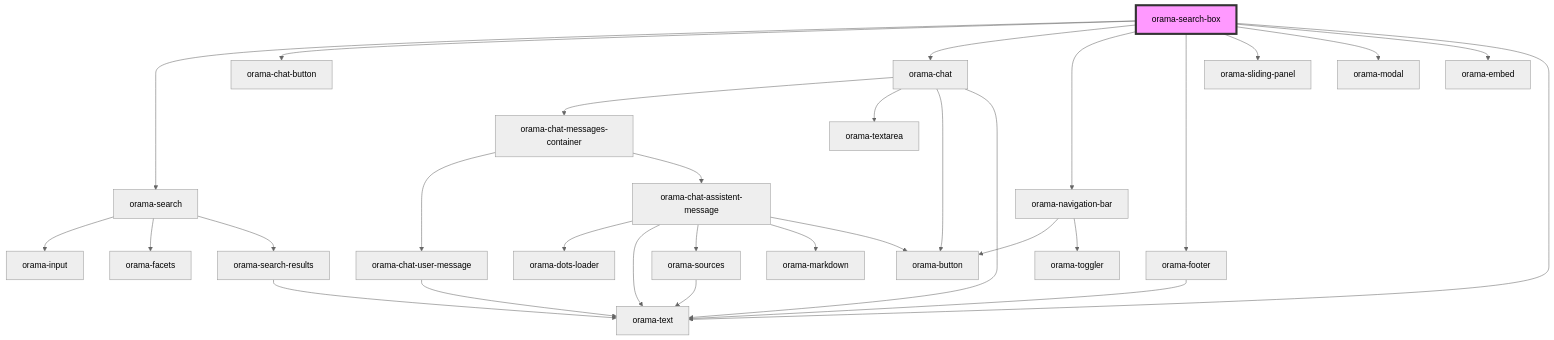
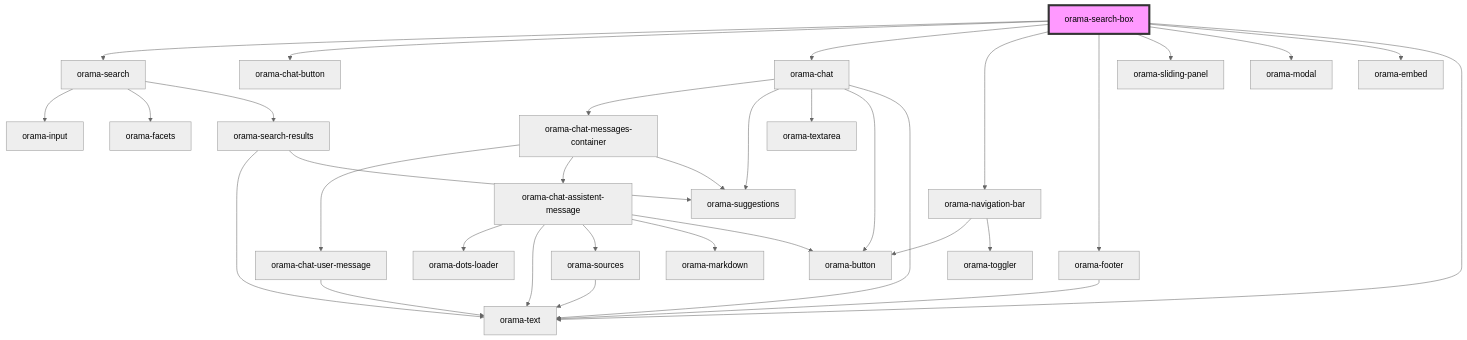
One commit to oramasearch/orama-ui-components changed the diagram in packages/ui-stencil/src/components/orama-search-box/readme.md. Above: the diagram before and after it, drawn with Mermaid (neutral theme). The commit also changed 14 other files, not shown here.

````diff
--- a/packages/ui-stencil/src/components/orama-search-box/readme.md
+++ b/packages/ui-stencil/src/components/orama-search-box/readme.md
@@ -54,33 +54,36 @@
 ```mermaid
 graph TD;
   orama-search-box --> orama-search
   orama-search-box --> orama-chat-button
   orama-search-box --> orama-chat
   orama-search-box --> orama-navigation-bar
   orama-search-box --> orama-footer
   orama-search-box --> orama-sliding-panel
   orama-search-box --> orama-modal
   orama-search-box --> orama-embed
   orama-search-box --> orama-text
   orama-search --> orama-input
   orama-search --> orama-facets
   orama-search --> orama-search-results
   orama-search-results --> orama-text
+  orama-search-results --> orama-suggestions
   orama-chat --> orama-chat-messages-container
+  orama-chat --> orama-suggestions
   orama-chat --> orama-textarea
   orama-chat --> orama-button
   orama-chat --> orama-text
   orama-chat-messages-container --> orama-chat-user-message
   orama-chat-messages-container --> orama-chat-assistent-message
+  orama-chat-messages-container --> orama-suggestions
   orama-chat-user-message --> orama-text
   orama-chat-assistent-message --> orama-dots-loader
   orama-chat-assistent-message --> orama-text
   orama-chat-assistent-message --> orama-sources
   orama-chat-assistent-message --> orama-markdown
   orama-chat-assistent-message --> orama-button
   orama-sources --> orama-text
   orama-navigation-bar --> orama-button
   orama-navigation-bar --> orama-toggler
   orama-footer --> orama-text
   style orama-search-box fill:#f9f,stroke:#333,stroke-width:4px
 ```
````
